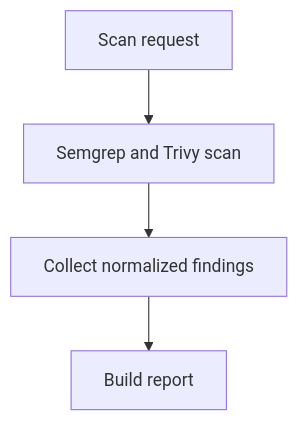
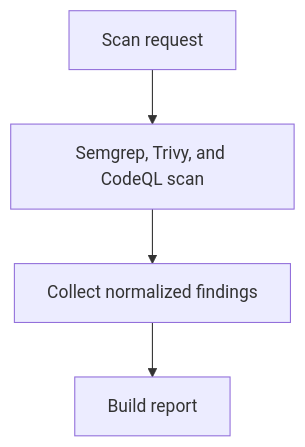
One commit to junmin0413/defAPI changed the diagram in README.md. Above: the diagram before and after it, drawn with Mermaid. The commit also changed other lines of this file and 22 other files, not shown here.

````diff
--- a/README.md
+++ b/README.md
@@ -17,6 +17,6 @@
 ```mermaid
 flowchart TD
-    Request[Scan request] --> Scanners[Semgrep and Trivy scan]
+    Request[Scan request] --> Scanners[Semgrep, Trivy, and CodeQL scan]
     Scanners --> Findings[Collect normalized findings]
     Findings --> Report[Build report]
 ```
````
